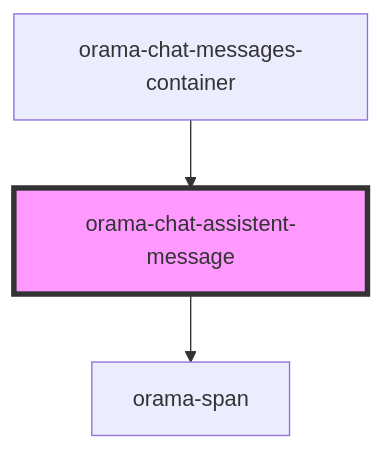
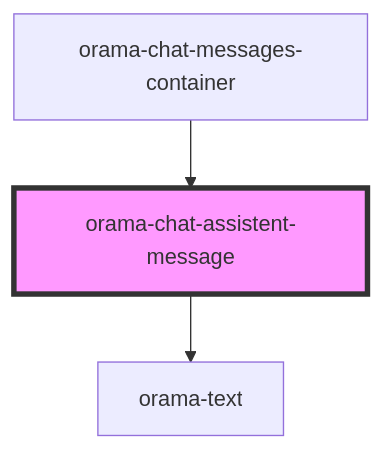
Before and after one commit to askorama/orama-ui-components: the diagram in packages/ui-stencil/src/components/internal/orama-chat-messages-container/orama-chat-assistent-message/readme.md, drawn with Mermaid. The commit also changed other lines of this file and 26 other files, not shown here.

Commit message:
refactor: orama-text and naming convention

````diff
--- a/packages/ui-stencil/src/components/internal/orama-chat-messages-container/orama-chat-assistent-message/readme.md
+++ b/packages/ui-stencil/src/components/internal/orama-chat-messages-container/orama-chat-assistent-message/readme.md
@@ -26,6 +26,6 @@
 ```mermaid
 graph TD;
-  orama-chat-assistent-message --> orama-span
+  orama-chat-assistent-message --> orama-text
   orama-chat-messages-container --> orama-chat-assistent-message
   style orama-chat-assistent-message fill:#f9f,stroke:#333,stroke-width:4px
 ```
````
